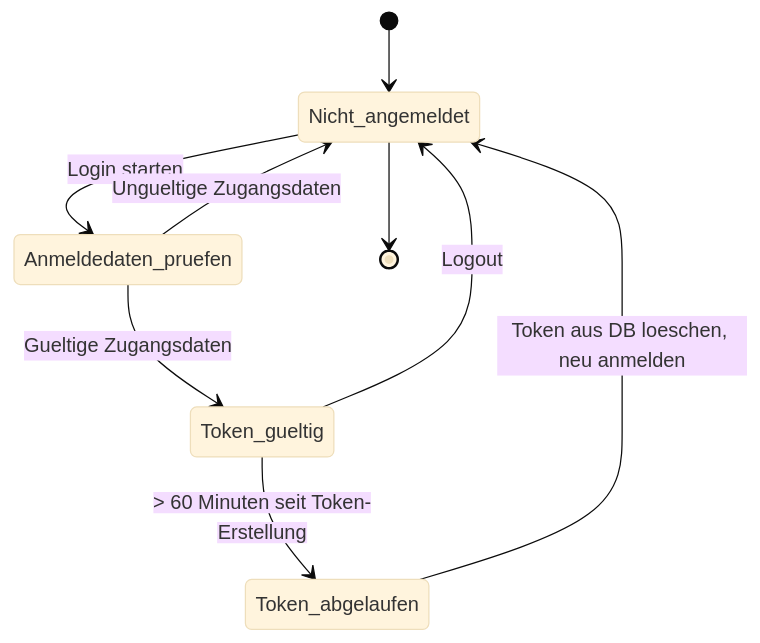
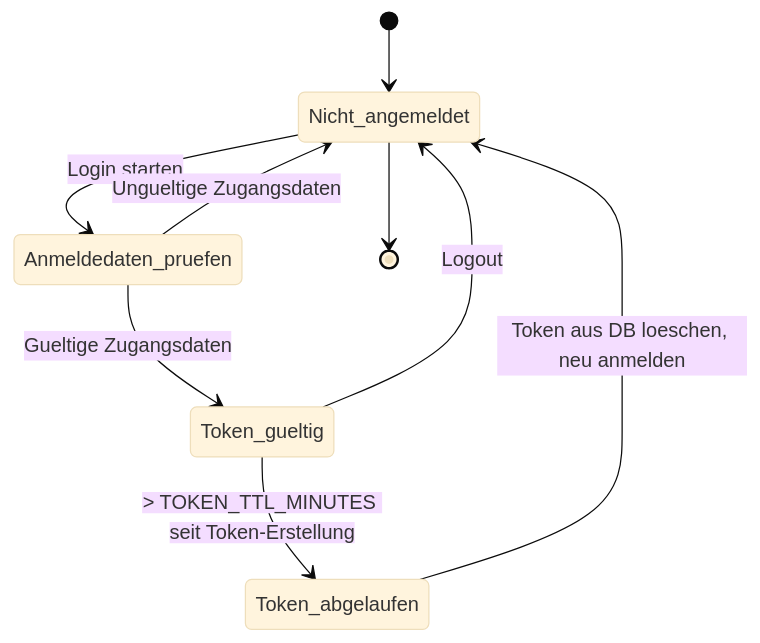
Before and after one commit to g8rdier/urban-flow-governance: the second of 5 diagrams in docs/USER_MANAGEMENT.md, drawn with Mermaid (base theme). The commit also changed other lines of this file and 1 other file, not shown here.

````diff
--- a/docs/USER_MANAGEMENT.md
+++ b/docs/USER_MANAGEMENT.md
@@ -42,13 +42,13 @@
 ```mermaid
 stateDiagram-v2
 	[*] --> Nicht_angemeldet
 
 	Nicht_angemeldet --> Anmeldedaten_pruefen: Login starten
 	Anmeldedaten_pruefen --> Token_gueltig: Gueltige Zugangsdaten
 	Anmeldedaten_pruefen --> Nicht_angemeldet: Ungueltige Zugangsdaten
 
-	Token_gueltig --> Token_abgelaufen: > 60 Minuten seit Token-Erstellung
+	Token_gueltig --> Token_abgelaufen: > TOKEN_TTL_MINUTES seit Token-Erstellung
 	Token_gueltig --> Nicht_angemeldet: Logout
 	Token_abgelaufen --> Nicht_angemeldet: Token aus DB loeschen, neu anmelden
 	Nicht_angemeldet --> [*]
 ```
````
